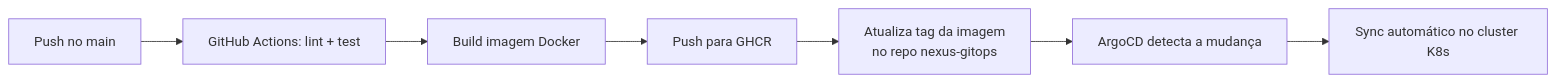
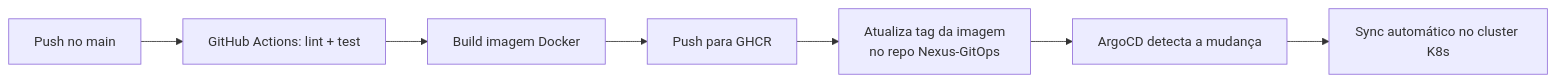
One commit to FelipeFranca07/nexus-api changed the diagram in README.md. Above: the diagram before and after it, drawn with Mermaid. The commit also changed other lines of this file, not shown here.

````diff
--- a/README.md
+++ b/README.md
@@ -12,9 +62,9 @@
 ```mermaid
 flowchart LR
     A[Push no main] --> B[GitHub Actions: lint + test]
     B --> C[Build imagem Docker]
     C --> D[Push para GHCR]
-    D --> E[Atualiza tag da imagem\nno repo nexus-gitops]
+    D --> E["Atualiza tag da imagem\nno repo Nexus-GitOps"]
     E --> F[ArgoCD detecta a mudança]
     F --> G[Sync automático no cluster K8s]
 ```
````
